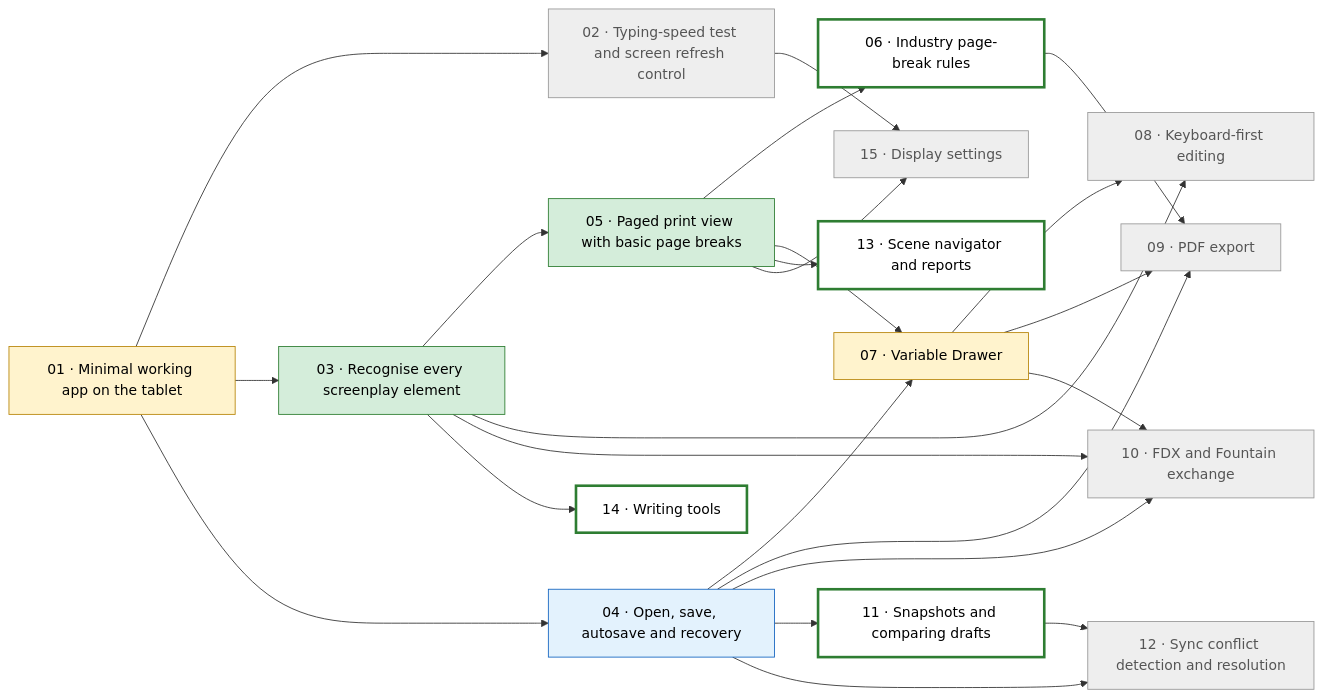
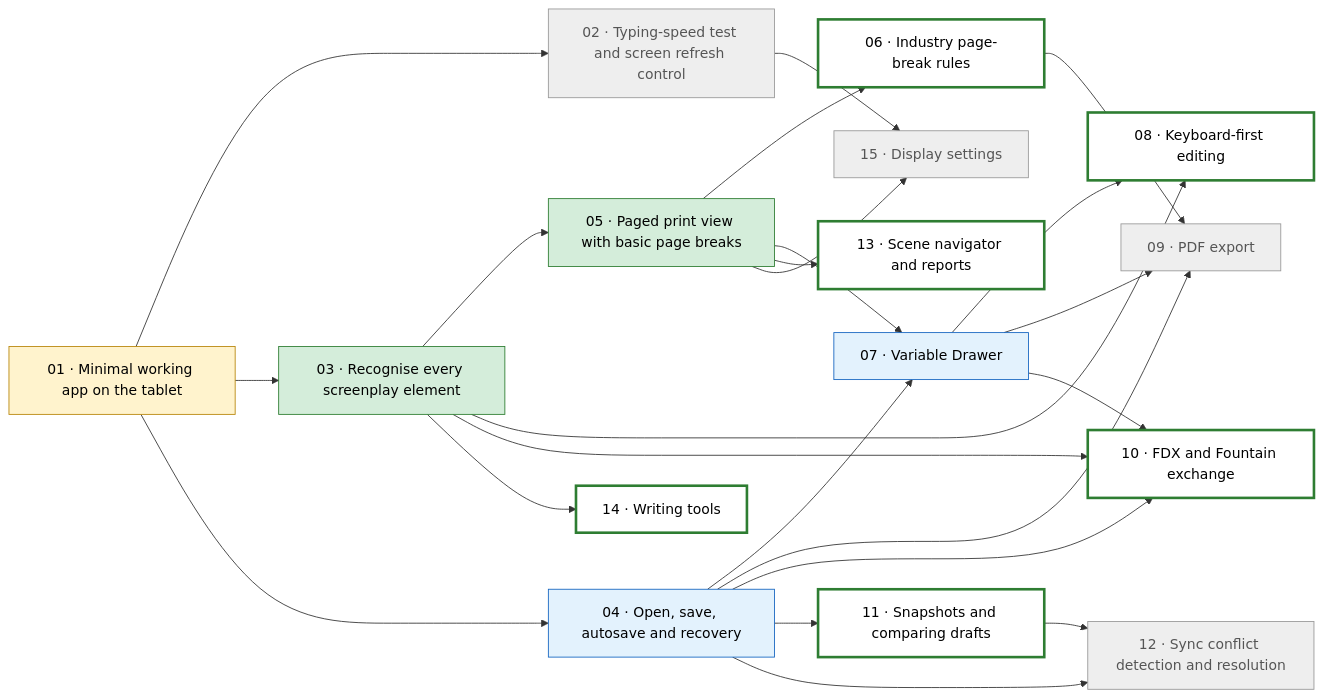
Before and after one commit to mikebgio/eink-screenplay-writer: the diagram in PLAN.md, drawn with Mermaid. The commit also changed other lines of this file and 1 other file, not shown here.

Commit message:
07: Variable Drawer, print-view parts

````diff
--- a/PLAN.md
+++ b/PLAN.md
@@ -45,45 +45,45 @@
 ```mermaid
 flowchart LR
   T01["01 · Minimal working app on the tablet"]:::inprogress
   T02["02 · Typing-speed test and screen refresh control"]:::blocked
   T03["03 · Recognise every screenplay element"]:::done
   T04["04 · Open, save, autosave and recovery"]:::needsdevice
   T05["05 · Paged print view with basic page breaks"]:::done
   T06["06 · Industry page-break rules"]:::ready
-  T07["07 · Variable Drawer"]:::inprogress
-  T08["08 · Keyboard-first editing"]:::blocked
+  T07["07 · Variable Drawer"]:::needsdevice
+  T08["08 · Keyboard-first editing"]:::ready
   T09["09 · PDF export"]:::blocked
-  T10["10 · FDX and Fountain exchange"]:::blocked
+  T10["10 · FDX and Fountain exchange"]:::ready
   T11["11 · Snapshots and comparing drafts"]:::ready
   T12["12 · Sync conflict detection and resolution"]:::blocked
   T13["13 · Scene navigator and reports"]:::ready
   T14["14 · Writing tools"]:::ready
   T15["15 · Display settings"]:::blocked
   T01 --> T02
   T01 --> T03
   T01 --> T04
   T03 --> T05
   T05 --> T06
   T04 --> T07
   T05 --> T07
   T03 --> T08
   T07 --> T08
   T04 --> T09
   T06 --> T09
   T07 --> T09
   T03 --> T10
   T04 --> T10
   T07 --> T10
   T04 --> T11
   T04 --> T12
   T11 --> T12
   T05 --> T13
   T03 --> T14
   T02 --> T15
   T05 --> T15
   classDef done fill:#d4edda,stroke:#2e7d32,color:#000
   classDef needsdevice fill:#e3f2fd,stroke:#1565c0,color:#000
   classDef inprogress fill:#fff3cd,stroke:#b8860b,color:#000
   classDef ready fill:#ffffff,stroke:#2e7d32,stroke-width:3px,color:#000
   classDef blocked fill:#eeeeee,stroke:#999,color:#555
 ```
````
